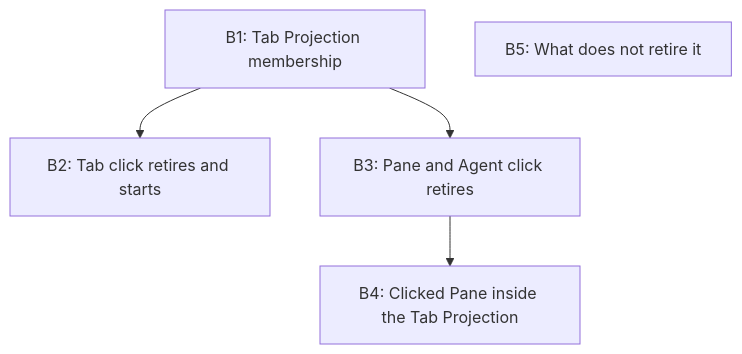
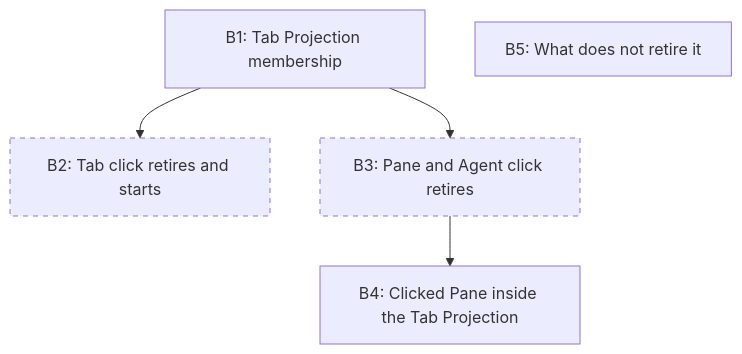
Before and after one commit to St0necrusher/vscode-herdr-extension: the diagram in docs/design/issue-74-tab-projection-retirement/map.md, drawn with Mermaid. The commit also changed other lines of this file and 12 other files, not shown here.

````diff
--- a/docs/design/issue-74-tab-projection-retirement/map.md
+++ b/docs/design/issue-74-tab-projection-retirement/map.md
@@ -5,13 +5,13 @@
 ```mermaid
 flowchart TD
     B1["B1: Tab Projection membership"]:::closed
-    B2["B2: Tab click retires and starts"]:::closed
-    B3["B3: Pane and Agent click retires"]:::closed
+    B2["B2: Tab click retires and starts"]:::open
+    B3["B3: Pane and Agent click retires"]:::open
     B4["B4: Clicked Pane inside the Tab Projection"]:::closed
     B5["B5: What does not retire it"]:::closed
     B1 --> B2
     B1 --> B3
     B3 --> B4
     classDef open stroke-dasharray: 5 5
     classDef conflict stroke:#d33,stroke-width:2px
 ```
````
